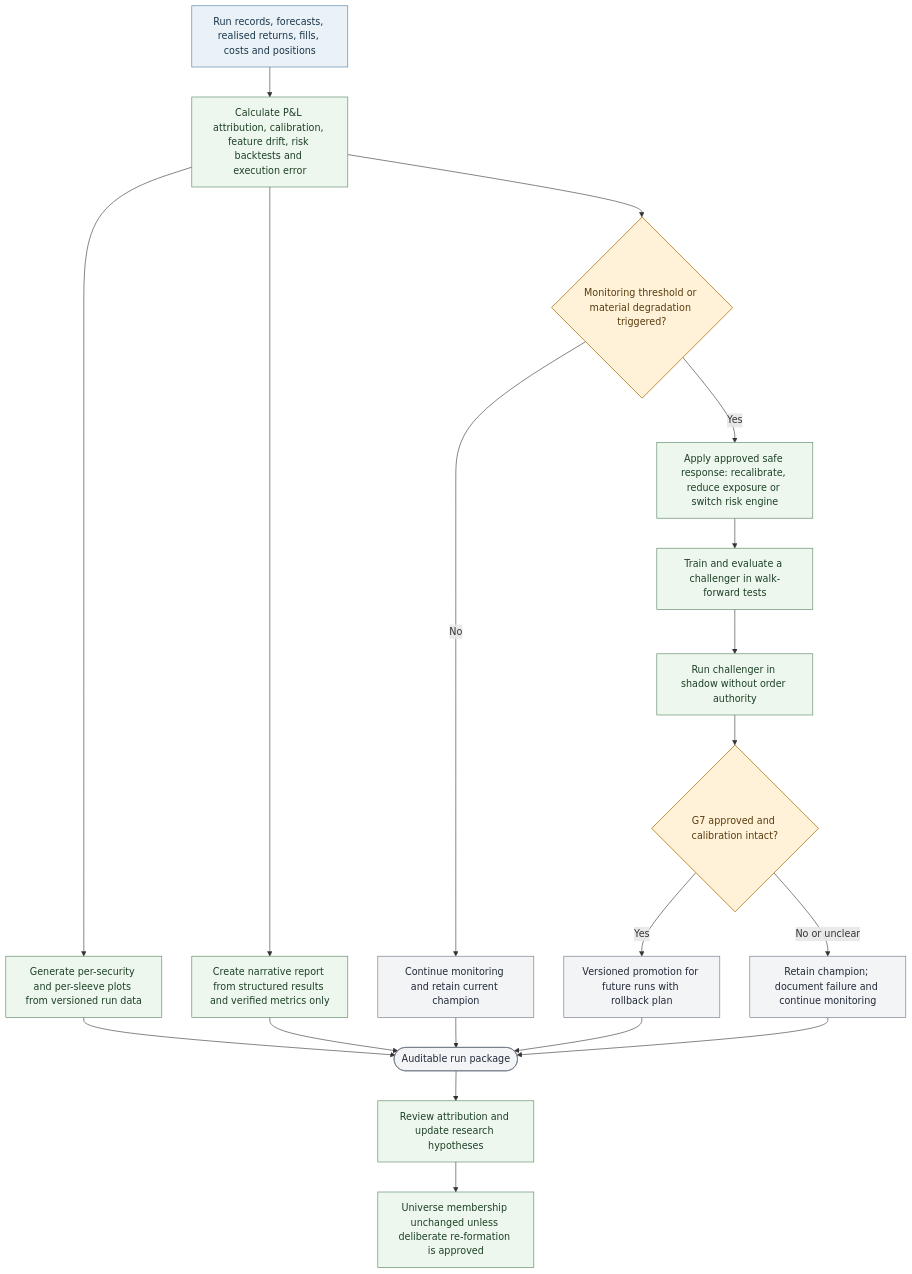
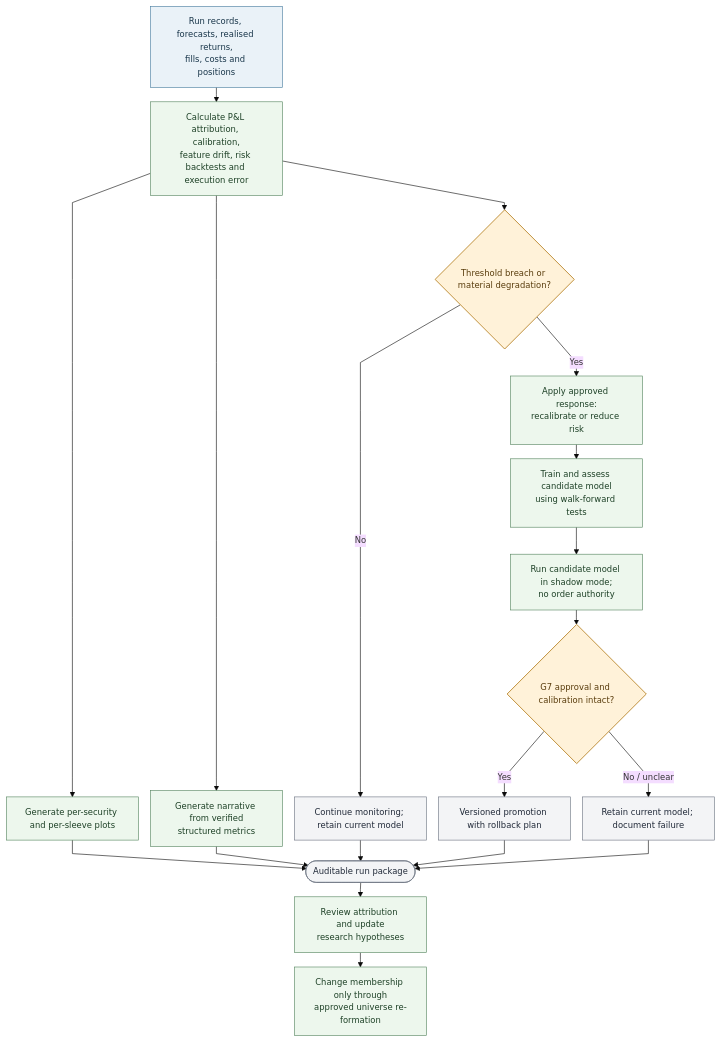
Before and after one commit to dannysilverio6-creator/AQP---LSEG: diagram 15 of 15 in AQP OVERVIEW.md, drawn with Mermaid. The commit also changed other lines of this file, not shown here.

````diff
--- a/AQP OVERVIEW.md
+++ b/AQP OVERVIEW.md
@@ -830,30 +887,30 @@
 ```mermaid
+%%{init: {"theme": "base", "flowchart": {"nodeSpacing": 20, "rankSpacing": 24, "wrappingWidth": 160, "diagramPadding": 24, "curve": "linear"}, "themeVariables": {"fontSize": "14px"}}}%%
 flowchart TB
-    A[Run records, forecasts, realised returns, fills, costs and positions] --> B[Calculate P&L attribution, calibration, feature drift, risk backtests and execution error]
-    B --> C[Generate per-security and per-sleeve plots from versioned run data]
-    B --> D[Create narrative report from structured results and verified metrics only]
-    B --> E{Monitoring threshold or material degradation triggered?}
-    E -->|No| F[Continue monitoring and retain current champion]
-    E -->|Yes| G[Apply approved safe response: recalibrate, reduce exposure or switch risk engine]
-    G --> H[Train and evaluate a challenger in walk-forward tests]
-    H --> I[Run challenger in shadow without order authority]
-    I --> J{G7 approved and calibration intact?}
-    J -->|Yes| K[Versioned promotion for future runs with rollback plan]
-    J -->|No or unclear| L[Retain champion; document failure and continue monitoring]
+    A["Run records, forecasts, realised returns,<br/>fills, costs and positions"] --> B["Calculate P&L attribution, calibration,<br/>feature drift, risk backtests and execution error"]
+    B --> C[Generate per-security and per-sleeve plots]
+    B --> D["Generate narrative from verified<br/>structured metrics"]
+    B --> E{Threshold breach or material degradation?}
+    E -->|No| F[Continue monitoring; retain current model]
+    E -->|Yes| G["Apply approved response:<br/>recalibrate or reduce risk"]
+    G --> H["Train and assess candidate model<br/>using walk-forward tests"]
+    H --> I["Run candidate model in shadow mode;<br/>no order authority"]
+    I --> J{G7 approval and calibration intact?}
+    J -->|Yes| K[Versioned promotion with rollback plan]
+    J -->|No / unclear| L[Retain current model; document failure]
     F --> M([Auditable run package])
+    C --> M
     D --> M
-    C --> M
     K --> M
     L --> M
-    M --> N[Review attribution and update research hypotheses]
-    N --> O[Universe membership unchanged unless deliberate re-formation is approved]
-
+    M --> N["Review attribution and update<br/>research hypotheses"]
+    N --> O["Change membership only through<br/>approved universe re-formation"]
     classDef data fill:#eaf2f8,stroke:#477b9e,color:#19364a;
     classDef process fill:#edf7ed,stroke:#54845e,color:#1d4026;
     classDef gate fill:#fff2d9,stroke:#b9862b,color:#593c0c,stroke-width:1.5px;
     classDef safe fill:#f3f4f6,stroke:#6b7280,color:#202938;
     class A data;
     class B,C,D,G,H,I,N,O process;
     class E,J gate;
     class F,K,L,M safe;
 ```
````
